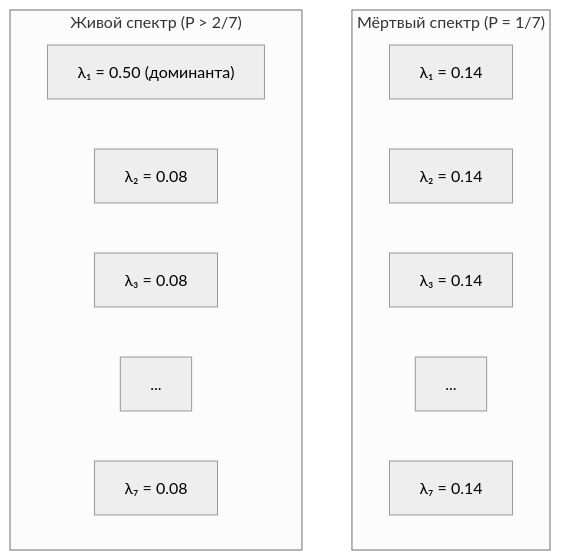
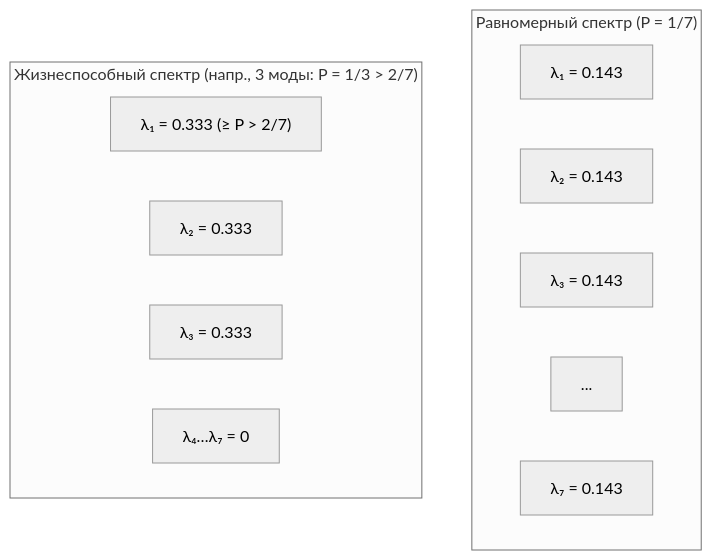
The second of 3 diagrams in website/i18n/ru/docusaurus-plugin-content-docs/current/applied/research/engineering-insights.md (gst-st/uhm), drawn with Mermaid (neutral theme) before and after one commit. The commit also changed other lines of this file and 376 other files, not shown here.

First line of the commit message:
Refactor UHM canon, decontaminate architecture, and verify EN/RU parity

````diff
--- a/website/i18n/ru/docusaurus-plugin-content-docs/current/applied/research/engineering-insights.md
+++ b/website/i18n/ru/docusaurus-plugin-content-docs/current/applied/research/engineering-insights.md
@@ -209,17 +213,16 @@
 ```mermaid
 graph TD
-    subgraph A["Мёртвый спектр (P = 1/7)"]
-        A1["λ₁ = 0.14"]
-        A2["λ₂ = 0.14"]
-        A3["λ₃ = 0.14"]
+    subgraph A["Равномерный спектр (P = 1/7)"]
+        A1["λ₁ = 0.143"]
+        A2["λ₂ = 0.143"]
+        A3["λ₃ = 0.143"]
         A4["..."]
-        A5["λ₇ = 0.14"]
+        A5["λ₇ = 0.143"]
     end
-    subgraph B["Живой спектр (P > 2/7)"]
-        B1["λ₁ = 0.50 (доминанта)"]
-        B2["λ₂ = 0.08"]
-        B3["λ₃ = 0.08"]
-        B4["..."]
-        B5["λ₇ = 0.08"]
+    subgraph B["Жизнеспособный спектр (напр., 3 моды: P = 1/3 > 2/7)"]
+        B1["λ₁ = 0.333 (≥ P > 2/7)"]
+        B2["λ₂ = 0.333"]
+        B3["λ₃ = 0.333"]
+        B4["λ₄…λ₇ = 0"]
     end
 ```
````
